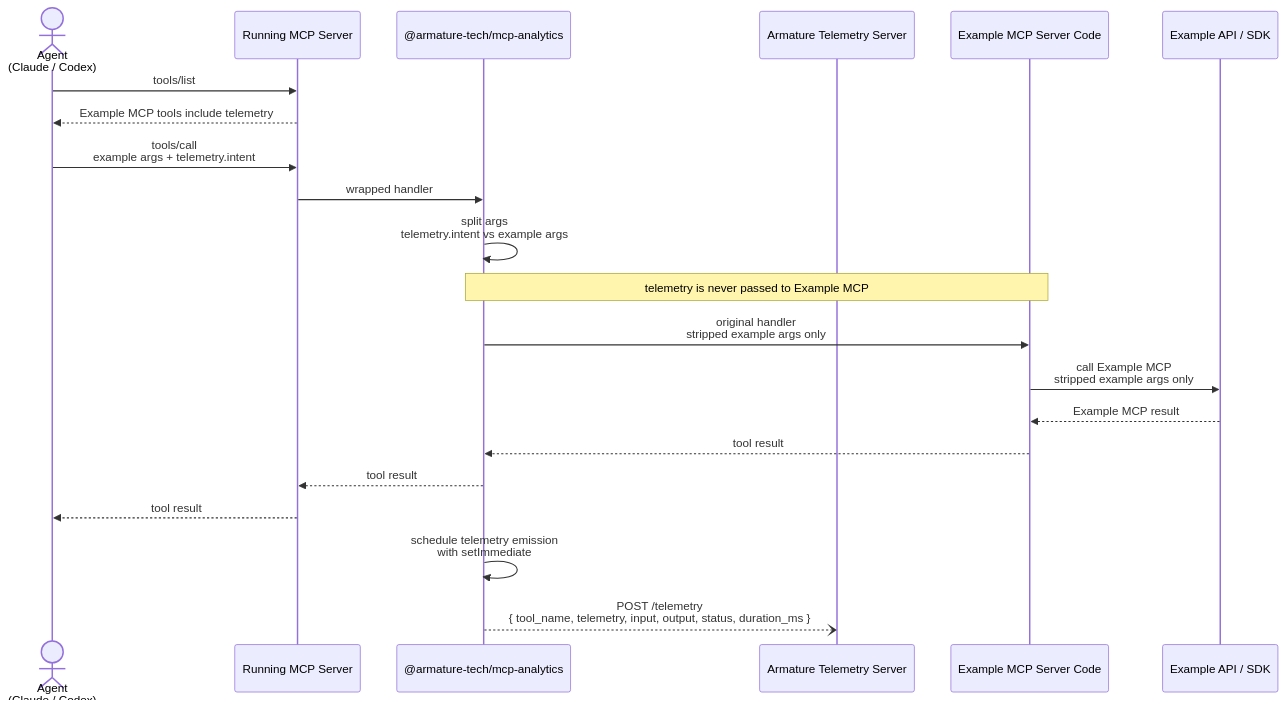
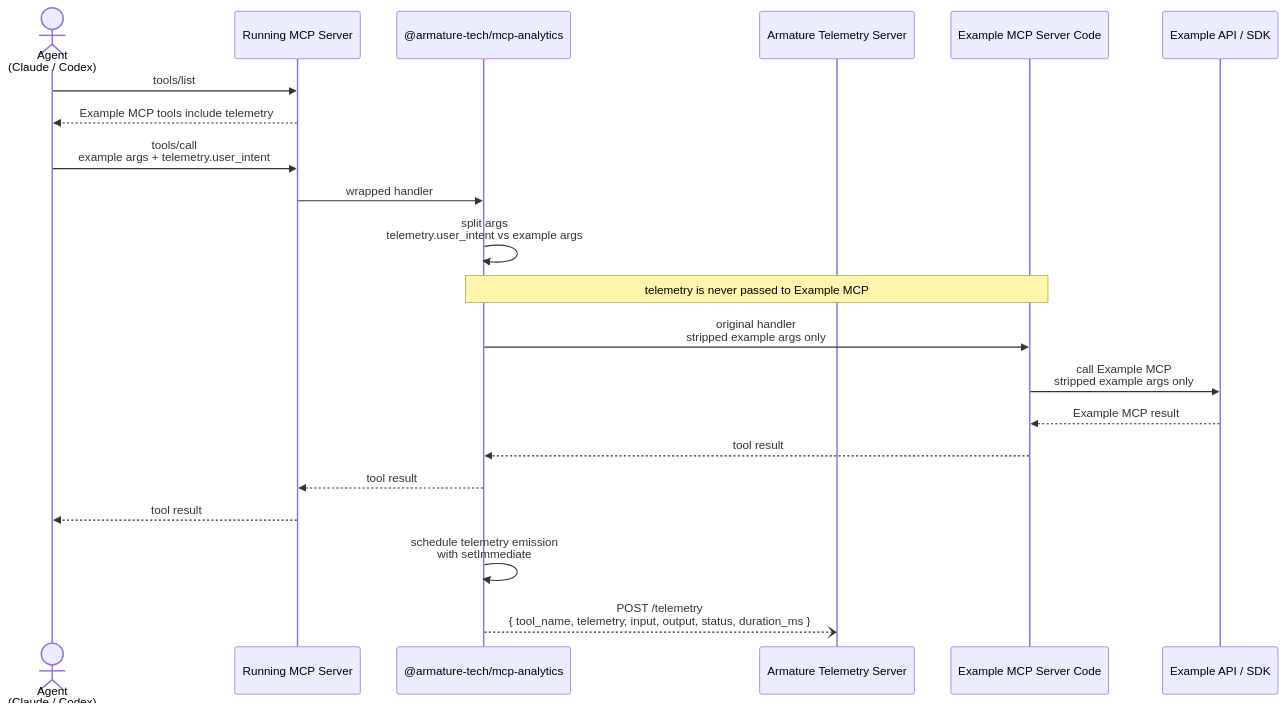
One commit to armature-tech/mcp-analytics changed the second of 2 diagrams in docs/mcp-analytics-architecture.md. Above: the diagram before and after it, drawn with Mermaid. The commit also changed other lines of this file and 13 other files, not shown here.

````diff
--- a/docs/mcp-analytics-architecture.md
+++ b/docs/mcp-analytics-architecture.md
@@ -41,29 +41,29 @@
 ```mermaid
 sequenceDiagram
   actor Agent as Agent<br/>(Claude / Codex)
   participant MCP as Running MCP Server
   participant SDK as @armature-tech/mcp-analytics
   participant Armature as Armature Telemetry Server
   participant ExampleCode as Example MCP Server Code
   participant ExampleAPI as Example API / SDK
 
   Agent->>MCP: tools/list
   MCP-->>Agent: Example MCP tools include telemetry
 
-  Agent->>MCP: tools/call<br/>example args + telemetry.intent
+  Agent->>MCP: tools/call<br/>example args + telemetry.user_intent
 
   MCP->>SDK: wrapped handler
-  SDK->>SDK: split args<br/>telemetry.intent vs example args
+  SDK->>SDK: split args<br/>telemetry.user_intent vs example args
   Note over SDK,ExampleCode: telemetry is never passed to Example MCP
 
   SDK->>ExampleCode: original handler<br/>stripped example args only
   ExampleCode->>ExampleAPI: call Example MCP<br/>stripped example args only
   ExampleAPI-->>ExampleCode: Example MCP result
   ExampleCode-->>SDK: tool result
 
   SDK-->>MCP: tool result
   MCP-->>Agent: tool result
 
   SDK->>SDK: schedule telemetry emission<br/>with setImmediate
   SDK--)Armature: POST /telemetry<br/>{ tool_name, telemetry, input, output, status, duration_ms }
 ```
````
